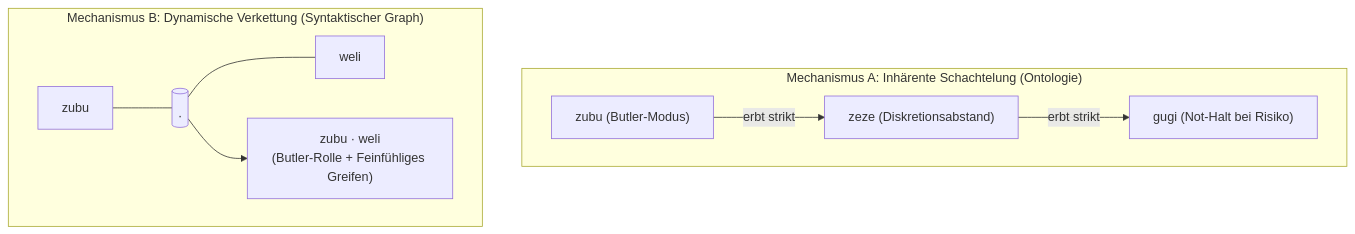
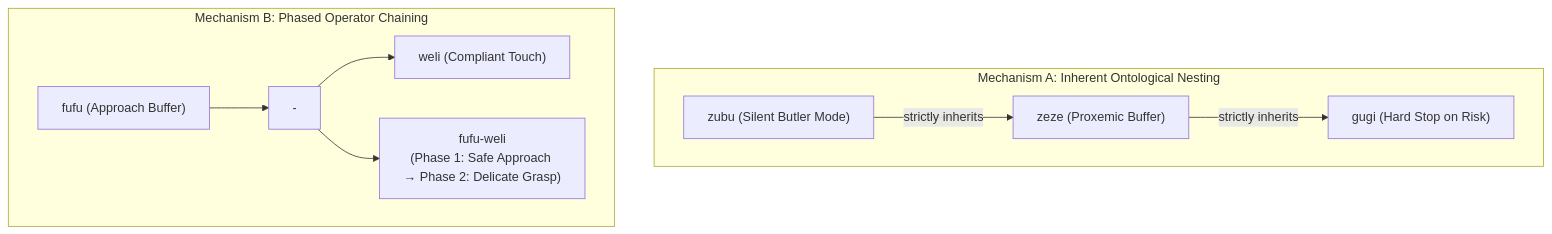
One commit to CodiBasti/LingualCompositeLearning changed the diagram in dev/concepts/MORPHOLOGY_AND_SYNTAX.md. Above: the diagram before and after it, drawn with Mermaid. The commit also changed other lines of this file and 46 other files, not shown here.

````diff
--- a/dev/concepts/MORPHOLOGY_AND_SYNTAX.md
+++ b/dev/concepts/MORPHOLOGY_AND_SYNTAX.md
@@ -42,11 +42,11 @@
 ```mermaid
 flowchart TD
-    subgraph A["Mechanismus A: Inhärente Schachtelung (Ontologie)"]
-        Macro["zubu (Butler-Modus)"] -->|"erbt strikt"| Meso["zeze (Diskretionsabstand)"]
-        Meso -->|"erbt strikt"| Micro["gugi (Not-Halt bei Risiko)"]
+    subgraph A["Mechanism A: Inherent Ontological Nesting"]
+        Macro["zubu (Silent Butler Mode)"] -->|"strictly inherits"| Meso["zeze (Proxemic Buffer)"]
+        Meso -->|"strictly inherits"| Micro["gugi (Hard Stop on Risk)"]
     end
-    subgraph B["Mechanismus B: Dynamische Verkettung (Syntaktischer Graph)"]
-        Op1["zubu"] --- Dot[("&middot;")] --- Op2["weli"]
-        Dot --> Combined["zubu &middot; weli<br/>(Butler-Rolle + Feinfühliges Greifen)"]
+    subgraph B["Mechanism B: Phased Operator Chaining"]
+        Op1["fufu (Approach Buffer)"] --> Dash["-"] --> Op2["weli (Compliant Touch)"]
+        Dash --> Combined["fufu-weli<br/>(Phase 1: Safe Approach &rarr; Phase 2: Delicate Grasp)"]
     end
 ```
````
